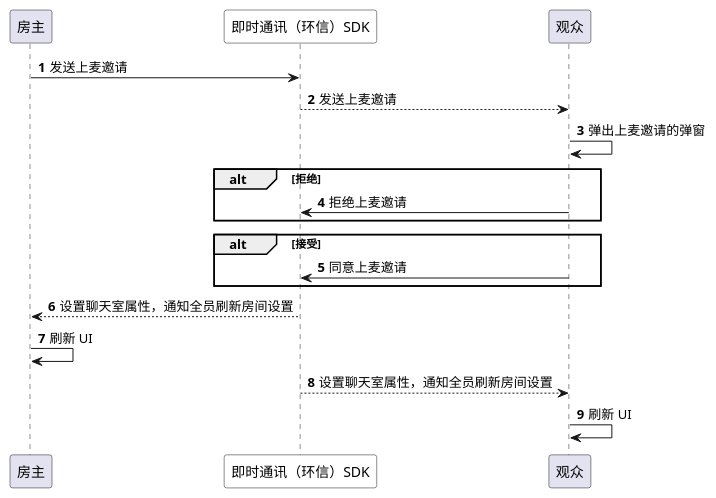
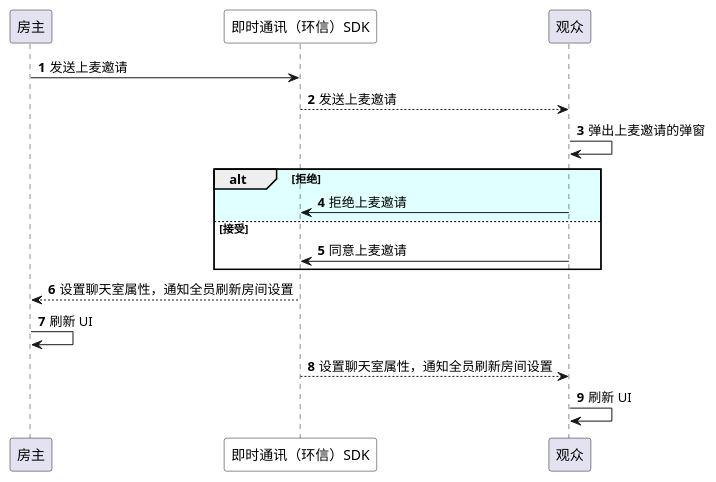
Before and after one commit to AgoraIO/agora_doc_source: the diagram in markdown/chatroom/房主邀请.wsd, drawn with PlantUML. The commit also changed 1 other file, not shown here.

```diff
--- a/markdown/chatroom/房主邀请.wsd
+++ b/markdown/chatroom/房主邀请.wsd
@@ -1,19 +1,18 @@
 @startuml
 autonumber
 participant "房主" as a
 participant "即时通讯（环信）SDK" as b #White
 participant "观众" as c
 a -> b: 发送上麦邀请
 b --> c: 发送上麦邀请
 c -> c: 弹出上麦邀请的弹窗
-alt 拒绝
+alt #LightCyan 拒绝
 c -> b: 拒绝上麦邀请
-end
-alt 接受
+else #White 接受
 c -> b: 同意上麦邀请
 end
 b --> a: 设置聊天室属性，通知全员刷新房间设置
 a -> a: 刷新 UI
 b --> c: 设置聊天室属性，通知全员刷新房间设置
 c -> c: 刷新 UI
 @enduml
```
